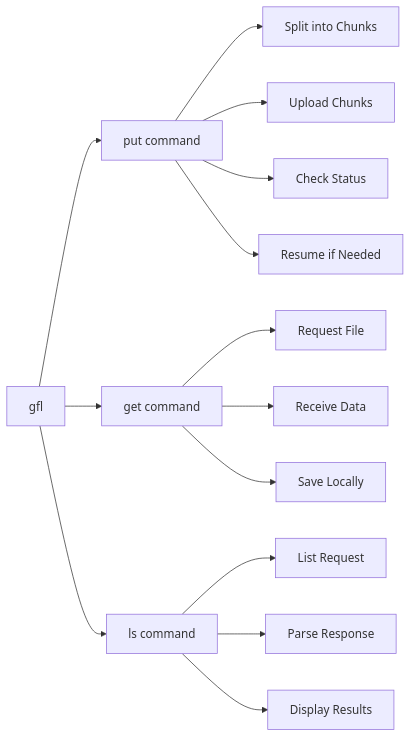
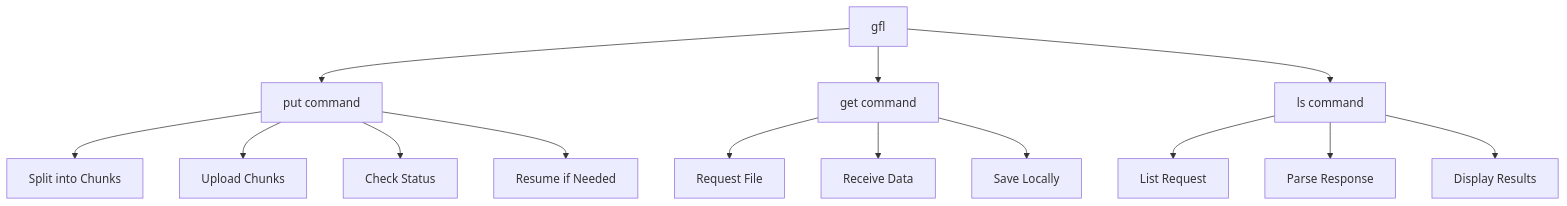
Before and after one commit to 0xRepo-Source/goflux-lite: the seventh of 8 diagrams in docs/architecture.md, drawn with Mermaid. The commit also changed other lines of this file, not shown here.

First line of the commit message:
Update architecture diagrams to use TD direction

````diff
--- a/docs/architecture.md
+++ b/docs/architecture.md
@@ -180,19 +181,19 @@
 ```mermaid
-flowchart LR
-    Client[gfl] --> Put[put command]
-    Client --> Get[get command]
-    Client --> Ls[ls command]
+flowchart TD
+    Client["gfl"] --> Put["put command"]
+    Client --> Get["get command"]
+    Client --> Ls["ls command"]
     
-    Put --> ChunkFile[Split into Chunks]
-    Put --> Upload[Upload Chunks]
-    Put --> CheckStatus[Check Status]
-    Put --> Resume[Resume if Needed]
+    Put --> ChunkFile["Split into Chunks"]
+    Put --> Upload["Upload Chunks"]
+    Put --> CheckStatus["Check Status"]
+    Put --> Resume["Resume if Needed"]
     
-    Get --> Request[Request File]
-    Get --> Receive[Receive Data]
-    Get --> SaveLocal[Save Locally]
+    Get --> Request["Request File"]
+    Get --> Receive["Receive Data"]
+    Get --> SaveLocal["Save Locally"]
     
-    Ls --> ListReq[List Request]
-    Ls --> ParseResp[Parse Response]
-    Ls --> Display[Display Results]
+    Ls --> ListReq["List Request"]
+    Ls --> ParseResp["Parse Response"]
+    Ls --> Display["Display Results"]
 ```
````
